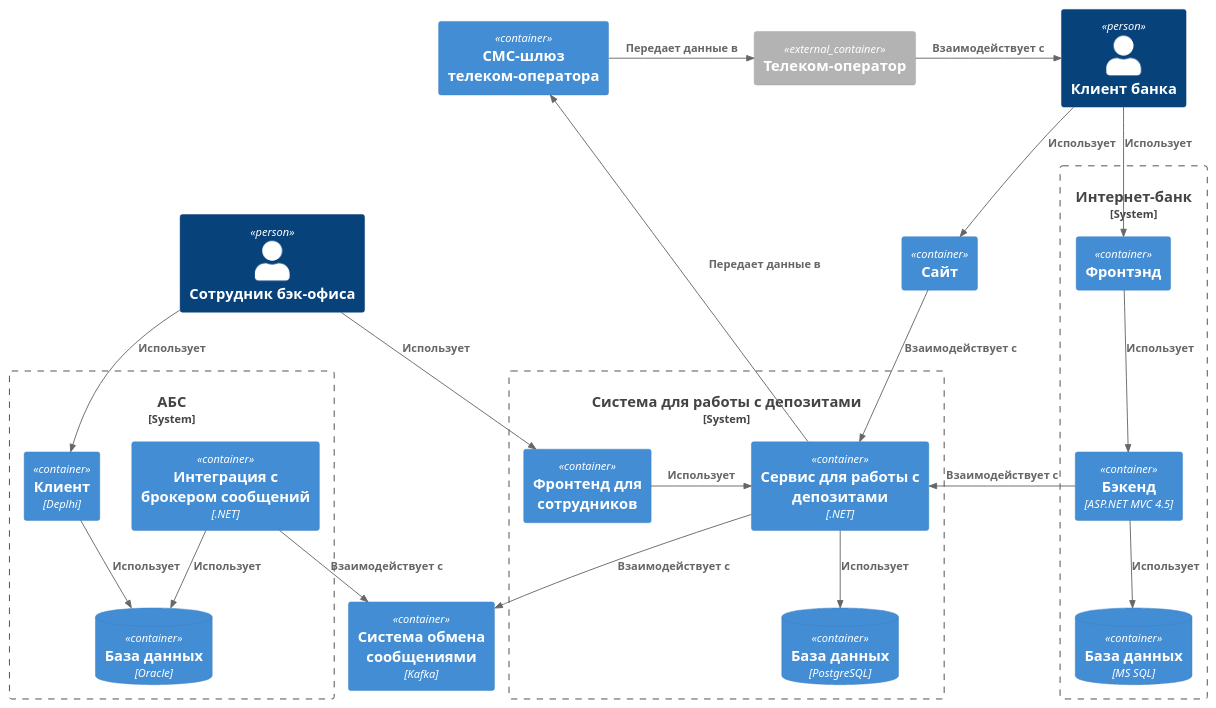
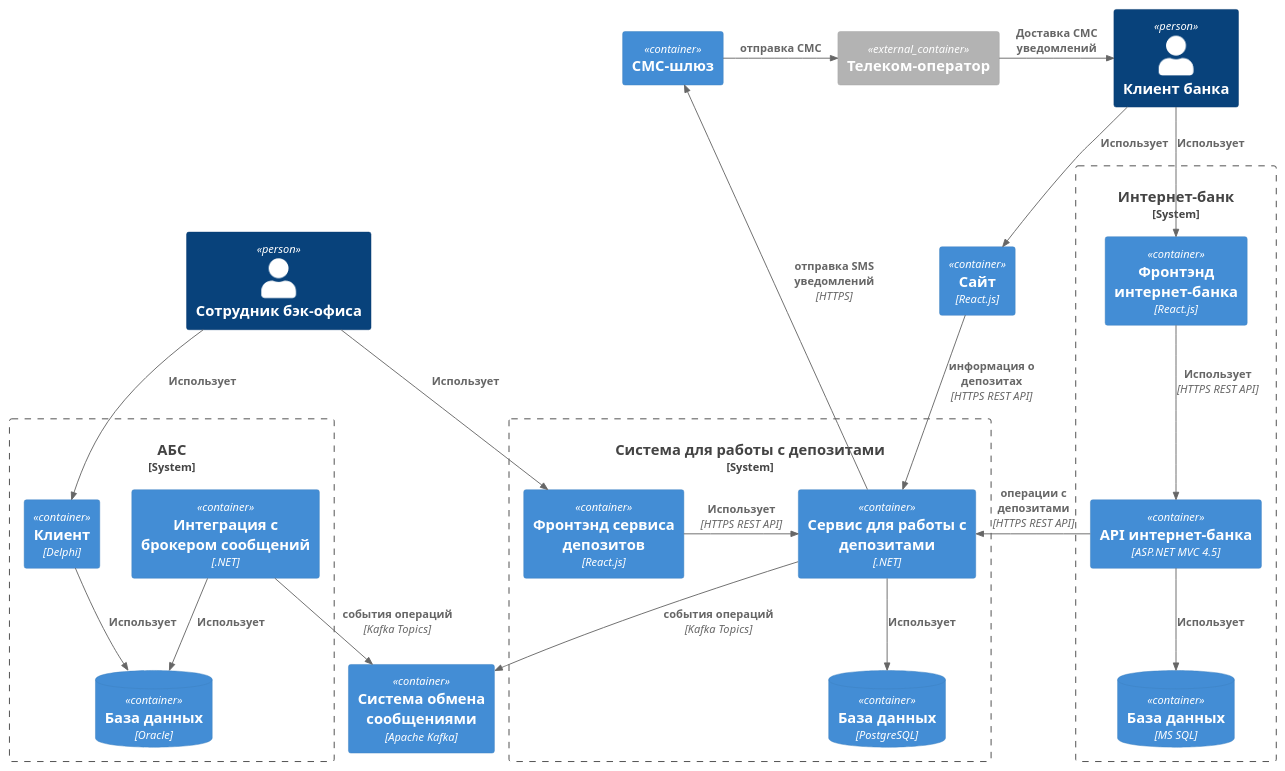
The diagram in Task3/Containers.puml (vsevolod-nikitin/yandex-practicum-architecture-pro-standart), drawn with PlantUML before and after one commit. The commit also changed 3 other files, not shown here.

Commit message:
Обновление схем 3 задания.

```diff
--- a/Task3/Containers.puml
+++ b/Task3/Containers.puml
@@ -1,58 +1,58 @@
 @startuml Containers
 !include https://raw.githubusercontent.com/plantuml-stdlib/C4-PlantUML/master/C4_Container.puml
 
 Person(client, "Клиент банка")
 Person(backEmployee, "Сотрудник бэк-офиса")
 
-Container(website, "Сайт")
+Container(website, "Сайт", "React.js")
 
 System_Boundary(internetBankSystem, "Интернет-банк"){
-    Container(internetBankFrontend, "Фронтэнд")
-    Container(internetBank, "Бэкенд", "ASP.NET MVC 4.5")
+    Container(internetBankFrontend, "Фронтэнд интернет-банка", "React.js")
+    Container(internetBank, "API интернет-банка", "ASP.NET MVC 4.5")
     ContainerDb(internetBankDb, "База данных", "MS SQL")
 }
 
 System_Boundary(absSystem, "АБС"){
-    Container(abs, "Клиент", "Deplhi")
+    Container(abs, "Клиент", "Delphi")
     Container(absMQIntegration, "Интеграция с брокером сообщений", ".NET")
     ContainerDb(absDb, "База данных", "Oracle")
 }
 
 System_Boundary(depositSystem, "Система для работы с депозитами"){
-    Container(depositServiceFrontend, "Фронтенд для сотрудников")
+    Container(depositServiceFrontend, "Фронтэнд сервиса депозитов", "React.js")
     Container(depositService, "Сервис для работы с депозитами", ".NET")
     ContainerDb(depositServiceDb, "База данных", "PostgreSQL")
 }
 
-Container(smsGateway, "СМС-шлюз телеком-оператора")
-Container(messageBroker, "Система обмена сообщениями", "Kafka")
+Container(smsGateway, "СМС-шлюз")
+Container(messageBroker, "Система обмена сообщениями", "Apache Kafka")
 
 Container_Ext(telecomOperator, "Телеком-оператор")
 
 Rel(client, internetBankFrontend, "Использует")
 Rel(client, website, "Использует")
 
 Rel(backEmployee, depositServiceFrontend, "Использует")
 Rel(backEmployee, abs, "Использует")
 
-Rel(internetBank, depositService, "Взаимодействует с")
-Rel(website, depositService, "Взаимодействует с")
+Rel(internetBank, depositService, "операции с депозитами", "HTTPS REST API")
+Rel(website, depositService, "информация о депозитах", "HTTPS REST API")
 
-Rel(depositService, smsGateway, "Передает данные в")
-Rel(depositService, messageBroker, "Взаимодействует с")
+Rel(depositService, smsGateway, "отправка SMS уведомлений", "HTTPS")
+Rel(depositService, messageBroker, "события операций", "Kafka Topics")
 Rel(depositService, depositServiceDb, "Использует")
-Rel_R(depositServiceFrontend, depositService, "Использует")
+Rel_R(depositServiceFrontend, depositService, "Использует", "HTTPS REST API")
 
-Rel_R(smsGateway, telecomOperator, "Передает данные в")
-Rel_R(telecomOperator, client, "Взаимодействует с")
+Rel_R(smsGateway, telecomOperator, "отправка СМС")
+Rel_R(telecomOperator, client, "Доставка СМС уведомлений")
 
-Rel(internetBankFrontend, internetBank, "Использует")
+Rel(internetBankFrontend, internetBank, "Использует", "HTTPS REST API")
 Rel(internetBank, internetBankDb, "Использует")
 
 Rel(abs, absDb, "Использует")
-Rel(absMQIntegration, messageBroker, "Взаимодействует с")
+Rel(absMQIntegration, messageBroker, "события операций", "Kafka Topics")
 Rel(absMQIntegration, absDb, "Использует")
 
 LAYOUT_TOP_DOWN()
 
 @enduml
```
